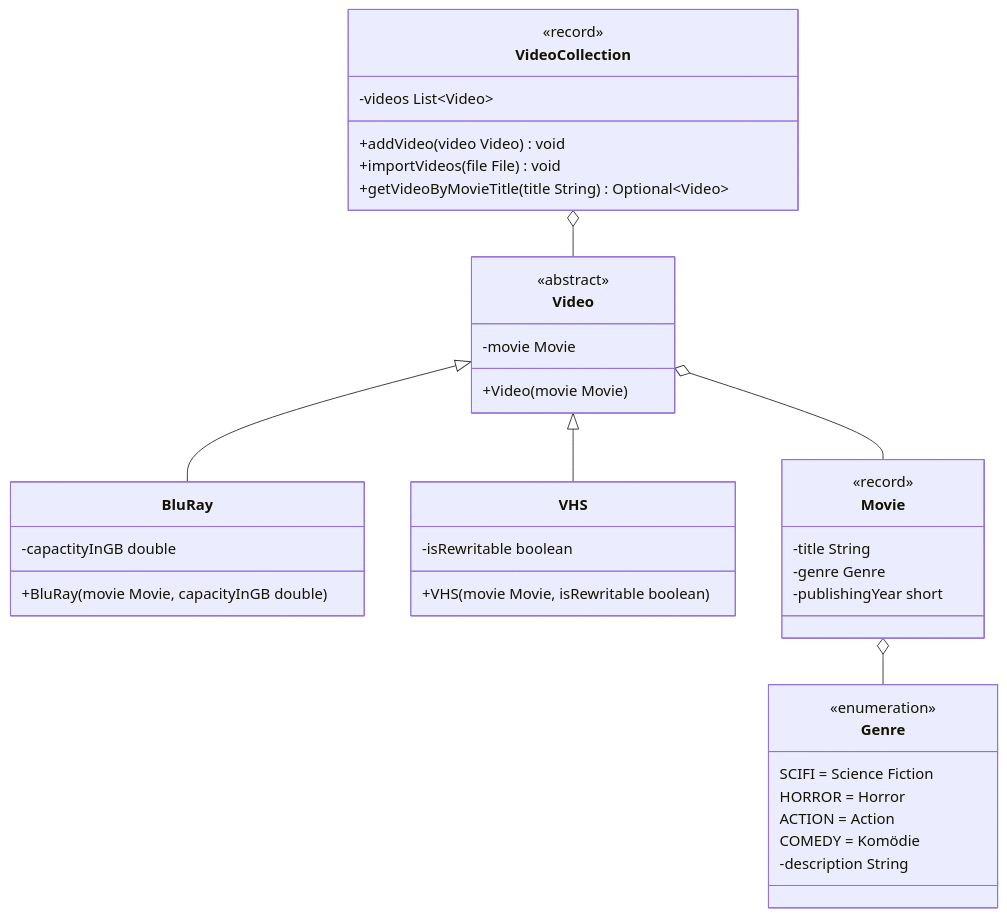
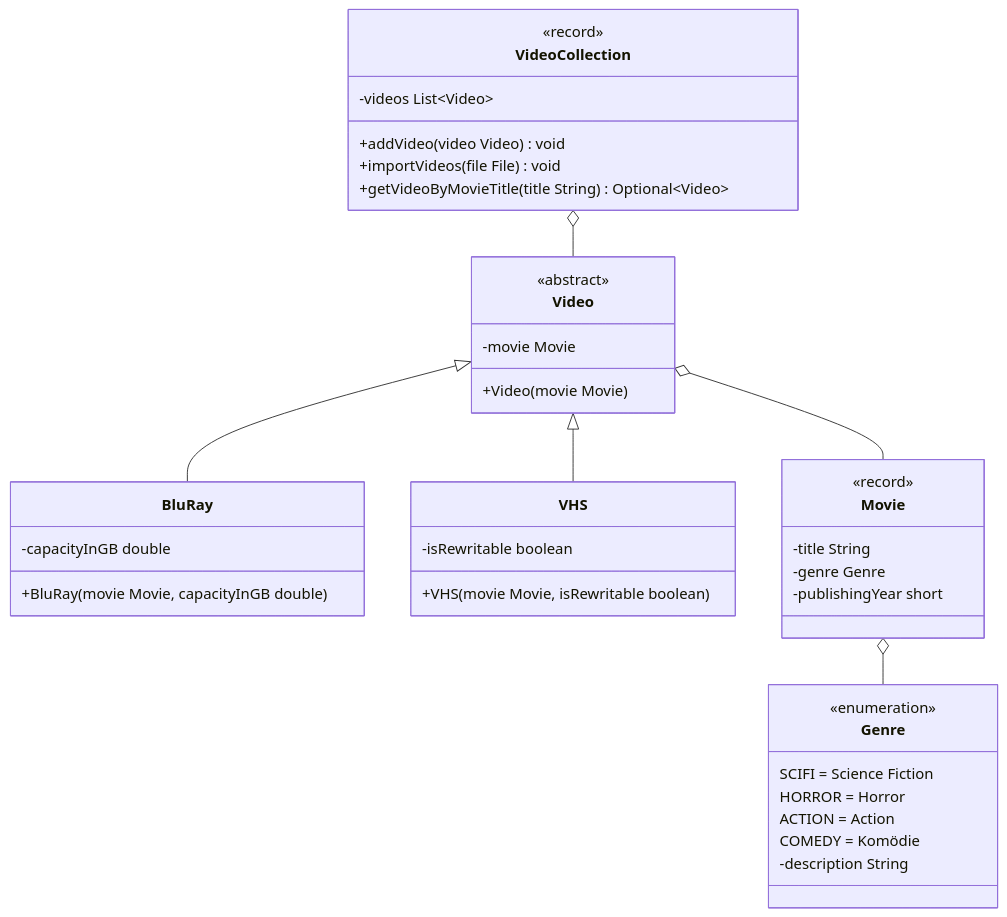
The diagram in docs/exam-exercises/exam-exercises-java2/video-collection.md (jappuccini/java-docs), drawn with Mermaid before and after one commit.

````diff
--- a/docs/exam-exercises/exam-exercises-java2/video-collection.md
+++ b/docs/exam-exercises/exam-exercises-java2/video-collection.md
@@ -11,48 +11,48 @@
 ```mermaid
 classDiagram
     VideoCollection o-- Video
     Video <|-- BluRay
     Video <|-- VHS
     Video o-- Movie
     Movie o-- Genre
 
     class VideoCollection {
         <<record>>
         -videos List~Video~
         +addVideo(video Video) void
         +importVideos(file File) void
         +getVideoByMovieTitle(title String) Optional~Video~
     }
 
     class Video {
         <<abstract>>
         -movie Movie
         +Video(movie Movie)
     }
 
     class VHS {
         -isRewritable boolean
         +VHS(movie Movie, isRewritable boolean)
     }
 
     class BluRay {
-        -capactityInGB double
+        -capacityInGB double
         +BluRay(movie Movie, capacityInGB double)
     }
 
     class Movie {
         <<record>>
         -title String
         -genre Genre
         -publishingYear short
     }
 
     class Genre {
         <<enumeration>>
         SCIFI = Science Fiction
         HORROR = Horror
         ACTION = Action
         COMEDY = Komödie
         -description String
     }
 ```
````
